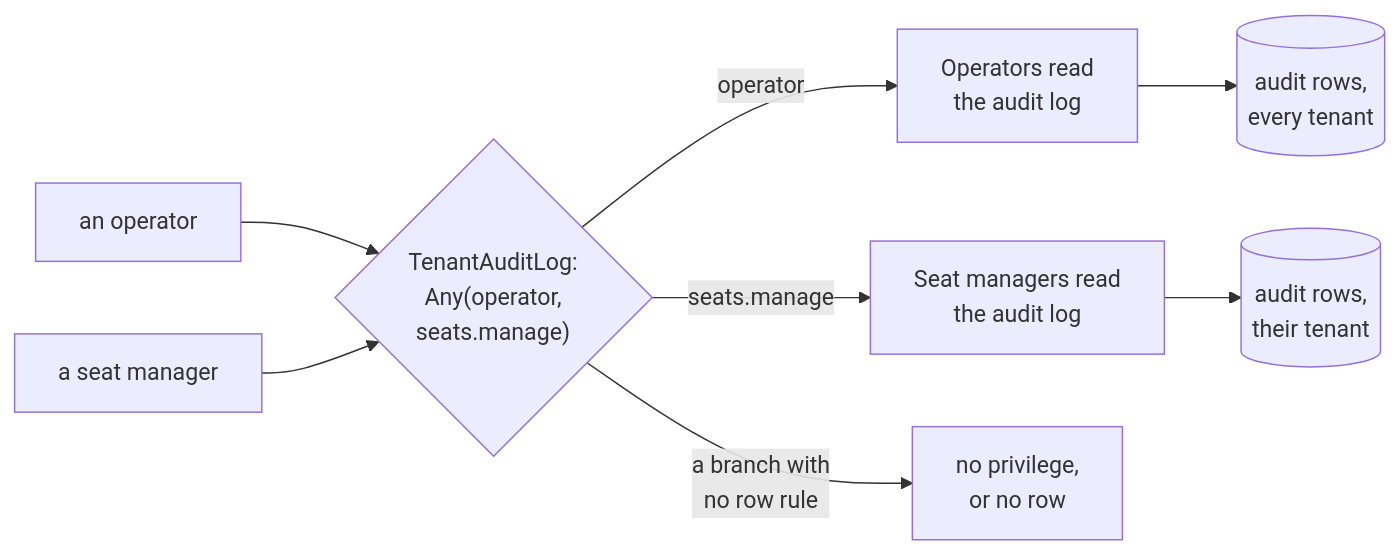
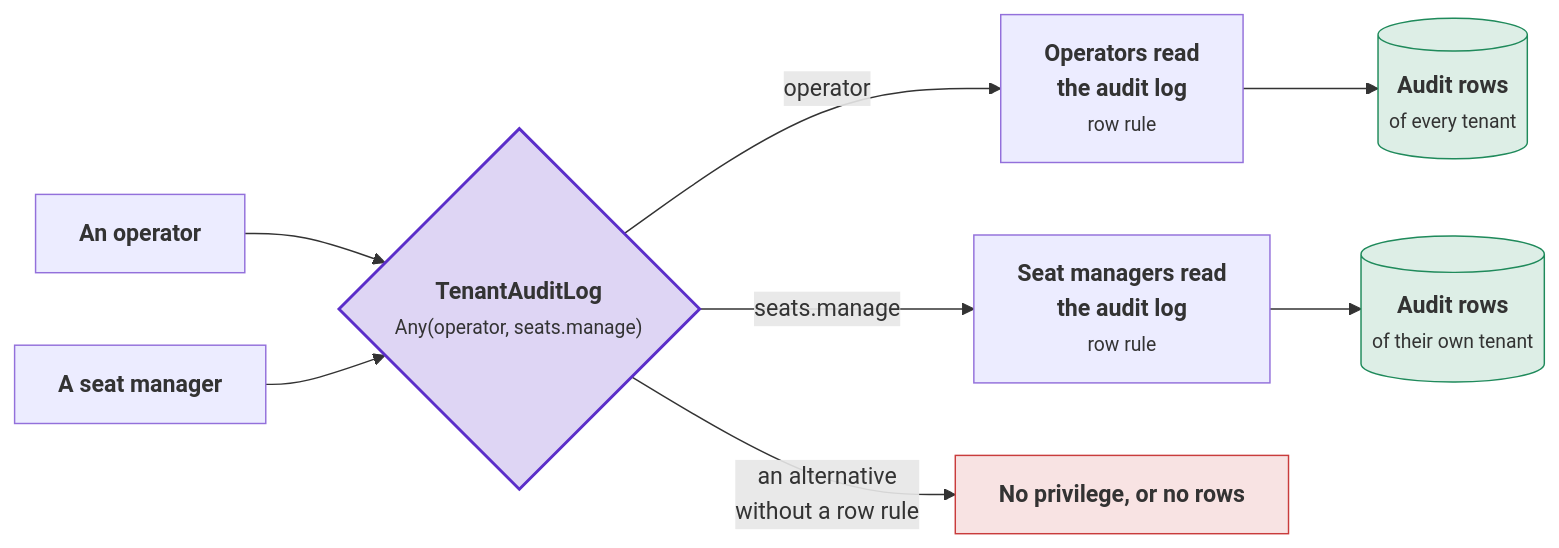
Before and after one commit to DylanSnel/DDDToolkit: the seventh of 10 diagrams in docs/access-requirements.md, drawn with Mermaid. The commit also changed other lines of this file and 41 other files, not shown here.

First line of the commit message:
Docs: plain prose, one word per concept, and readable diagrams on every page

````diff
--- a/docs/access-requirements.md
+++ b/docs/access-requirements.md
@@ -852,10 +968,16 @@
 ```mermaid
 flowchart LR
-    Operator["an operator"] --> Door{"TenantAuditLog:<br/>Any(operator,<br/>seats.manage)"}
-    Manager["a seat manager"] --> Door
-    Door -- "operator" --> OperatorRule["Operators read<br/>the audit log"]
-    Door -- "seats.manage" --> ManagerRule["Seat managers read<br/>the audit log"]
-    OperatorRule --> Rows[("audit rows,<br/>every tenant")]
-    ManagerRule --> Own[("audit rows,<br/>their tenant")]
-    Door -- "a branch with<br/>no row rule" --> None["no privilege,<br/>or no row"]
+    Operator["<b>An operator</b>"] --> Check{"<b>TenantAuditLog</b><br/><small>Any(operator, seats.manage)</small>"}
+    Manager["<b>A seat manager</b>"] --> Check
+    Check -- "operator" --> OperatorRule["<b>Operators read<br/>the audit log</b><br/><small>row rule</small>"]
+    Check -- "seats.manage" --> ManagerRule["<b>Seat managers read<br/>the audit log</b><br/><small>row rule</small>"]
+    OperatorRule --> Rows[("<b>Audit rows</b><br/><small>of every tenant</small>")]
+    ManagerRule --> Own[("<b>Audit rows</b><br/><small>of their own tenant</small>")]
+    Check -- "an alternative<br/>without a row rule" --> None["<b>No privilege, or no rows</b>"]
+    classDef strong fill:#5b2ec933,stroke:#5b2ec9,stroke-width:2px
+    classDef good fill:#1f8a5b26,stroke:#1f8a5b
+    classDef bad fill:#c93c3c24,stroke:#c93c3c
+    class Check strong
+    class Rows,Own good
+    class None bad
 ```
````
